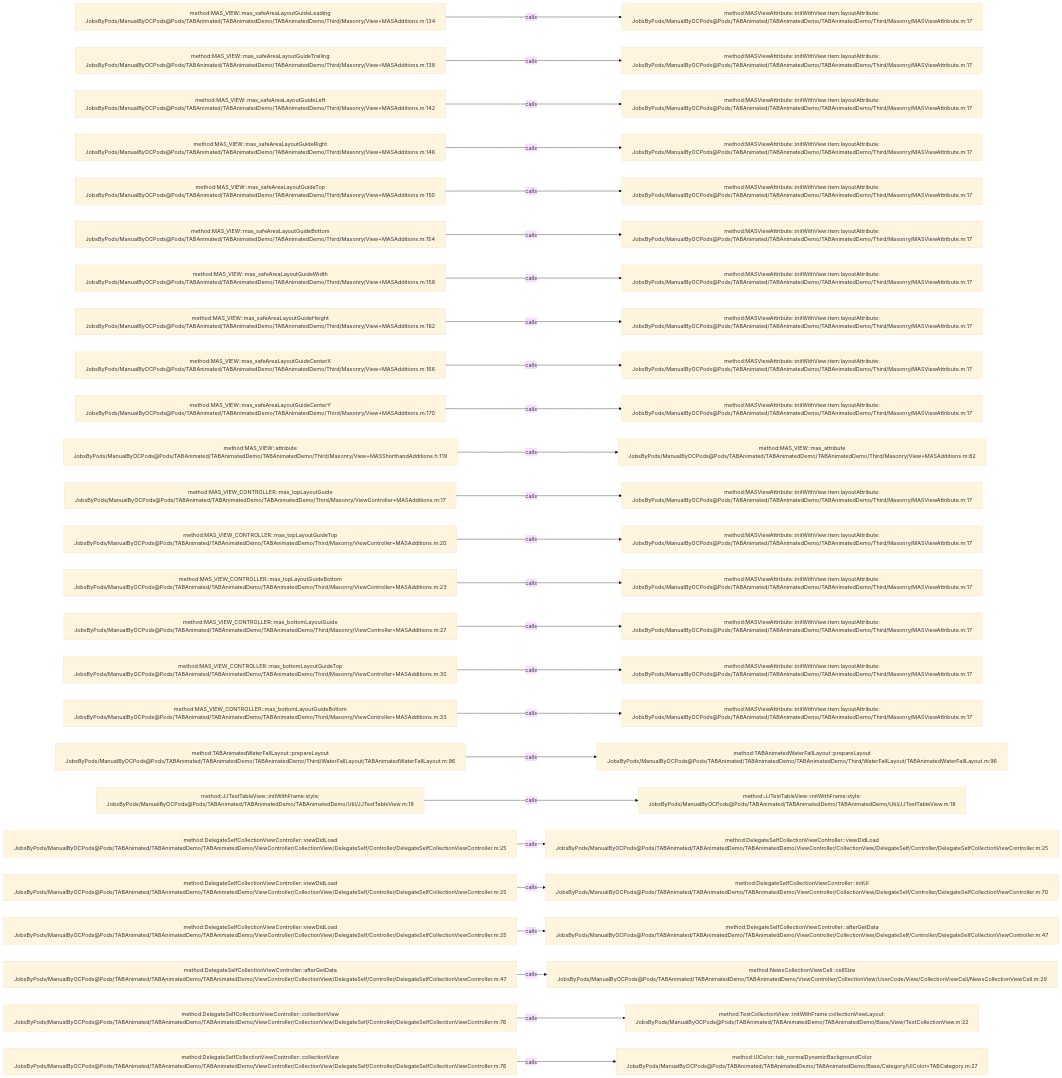
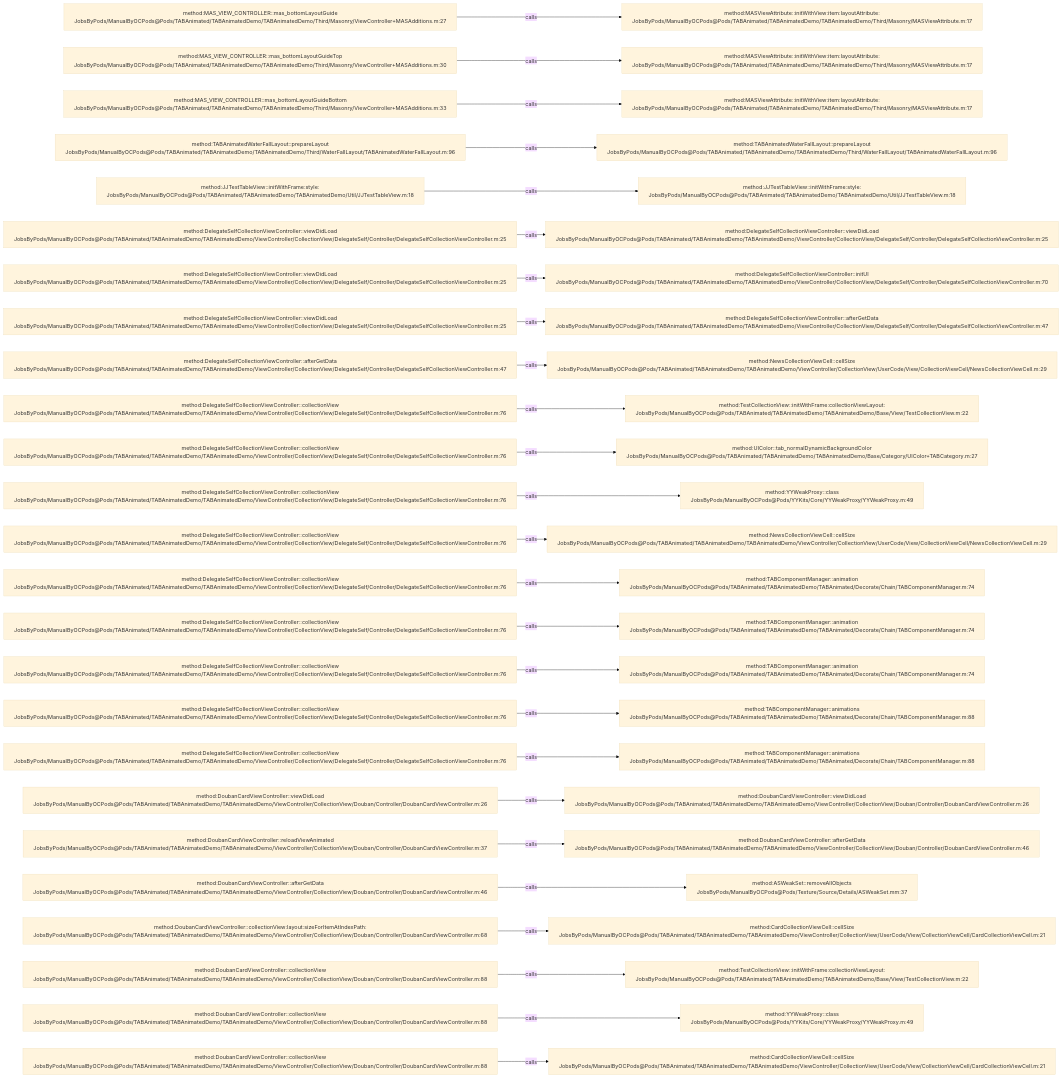
One commit to JobsKits/JobsOCBaseConfigDemo changed the diagram in .codegraph/codegraph.md/graphs/calls-049.md. Above: the diagram before and after it, drawn with Mermaid (base theme). The commit also changed 296 other files, not shown here.

````diff
--- a/.codegraph/codegraph.md/graphs/calls-049.md
+++ b/.codegraph/codegraph.md/graphs/calls-049.md
@@ -13,78 +13,78 @@
 ```mermaid
 flowchart LR
-  S1["method:MAS_VIEW::mas_safeAreaLayoutGuideLeading<br/>JobsByPods/ManualByOCPods@Pods/TABAnimated/TABAnimatedDemo/TABAnimatedDemo/Third/Masonry/View+MASAdditions.m:134"]
+  S1["method:MAS_VIEW_CONTROLLER::mas_bottomLayoutGuide<br/>JobsByPods/ManualByOCPods@Pods/TABAnimated/TABAnimatedDemo/TABAnimatedDemo/Third/Masonry/ViewController+MASAdditions.m:27"]
   T1["method:MASViewAttribute::initWithView:item:layoutAttribute:<br/>JobsByPods/ManualByOCPods@Pods/TABAnimated/TABAnimatedDemo/TABAnimatedDemo/Third/Masonry/MASViewAttribute.m:17"]
   S1 -->|calls| T1
-  S2["method:MAS_VIEW::mas_safeAreaLayoutGuideTrailing<br/>JobsByPods/ManualByOCPods@Pods/TABAnimated/TABAnimatedDemo/TABAnimatedDemo/Third/Masonry/View+MASAdditions.m:138"]
+  S2["method:MAS_VIEW_CONTROLLER::mas_bottomLayoutGuideTop<br/>JobsByPods/ManualByOCPods@Pods/TABAnimated/TABAnimatedDemo/TABAnimatedDemo/Third/Masonry/ViewController+MASAdditions.m:30"]
   T2["method:MASViewAttribute::initWithView:item:layoutAttribute:<br/>JobsByPods/ManualByOCPods@Pods/TABAnimated/TABAnimatedDemo/TABAnimatedDemo/Third/Masonry/MASViewAttribute.m:17"]
   S2 -->|calls| T2
-  S3["method:MAS_VIEW::mas_safeAreaLayoutGuideLeft<br/>JobsByPods/ManualByOCPods@Pods/TABAnimated/TABAnimatedDemo/TABAnimatedDemo/Third/Masonry/View+MASAdditions.m:142"]
+  S3["method:MAS_VIEW_CONTROLLER::mas_bottomLayoutGuideBottom<br/>JobsByPods/ManualByOCPods@Pods/TABAnimated/TABAnimatedDemo/TABAnimatedDemo/Third/Masonry/ViewController+MASAdditions.m:33"]
   T3["method:MASViewAttribute::initWithView:item:layoutAttribute:<br/>JobsByPods/ManualByOCPods@Pods/TABAnimated/TABAnimatedDemo/TABAnimatedDemo/Third/Masonry/MASViewAttribute.m:17"]
   S3 -->|calls| T3
-  S4["method:MAS_VIEW::mas_safeAreaLayoutGuideRight<br/>JobsByPods/ManualByOCPods@Pods/TABAnimated/TABAnimatedDemo/TABAnimatedDemo/Third/Masonry/View+MASAdditions.m:146"]
-  T4["method:MASViewAttribute::initWithView:item:layoutAttribute:<br/>JobsByPods/ManualByOCPods@Pods/TABAnimated/TABAnimatedDemo/TABAnimatedDemo/Third/Masonry/MASViewAttribute.m:17"]
+  S4["method:TABAnimatedWaterFallLayout::prepareLayout<br/>JobsByPods/ManualByOCPods@Pods/TABAnimated/TABAnimatedDemo/TABAnimatedDemo/Third/WaterFallLayout/TABAnimatedWaterFallLayout.m:96"]
+  T4["method:TABAnimatedWaterFallLayout::prepareLayout<br/>JobsByPods/ManualByOCPods@Pods/TABAnimated/TABAnimatedDemo/TABAnimatedDemo/Third/WaterFallLayout/TABAnimatedWaterFallLayout.m:96"]
   S4 -->|calls| T4
-  S5["method:MAS_VIEW::mas_safeAreaLayoutGuideTop<br/>JobsByPods/ManualByOCPods@Pods/TABAnimated/TABAnimatedDemo/TABAnimatedDemo/Third/Masonry/View+MASAdditions.m:150"]
-  T5["method:MASViewAttribute::initWithView:item:layoutAttribute:<br/>JobsByPods/ManualByOCPods@Pods/TABAnimated/TABAnimatedDemo/TABAnimatedDemo/Third/Masonry/MASViewAttribute.m:17"]
+  S5["method:JJTestTableView::initWithFrame:style:<br/>JobsByPods/ManualByOCPods@Pods/TABAnimated/TABAnimatedDemo/TABAnimatedDemo/Util/JJTestTableView.m:18"]
+  T5["method:JJTestTableView::initWithFrame:style:<br/>JobsByPods/ManualByOCPods@Pods/TABAnimated/TABAnimatedDemo/TABAnimatedDemo/Util/JJTestTableView.m:18"]
   S5 -->|calls| T5
-  S6["method:MAS_VIEW::mas_safeAreaLayoutGuideBottom<br/>JobsByPods/ManualByOCPods@Pods/TABAnimated/TABAnimatedDemo/TABAnimatedDemo/Third/Masonry/View+MASAdditions.m:154"]
-  T6["method:MASViewAttribute::initWithView:item:layoutAttribute:<br/>JobsByPods/ManualByOCPods@Pods/TABAnimated/TABAnimatedDemo/TABAnimatedDemo/Third/Masonry/MASViewAttribute.m:17"]
+  S6["method:DelegateSelfCollectionViewController::viewDidLoad<br/>JobsByPods/ManualByOCPods@Pods/TABAnimated/TABAnimatedDemo/TABAnimatedDemo/ViewController/CollectionView/DelegateSelf/Controller/DelegateSelfCollectionViewController.m:25"]
+  T6["method:DelegateSelfCollectionViewController::viewDidLoad<br/>JobsByPods/ManualByOCPods@Pods/TABAnimated/TABAnimatedDemo/TABAnimatedDemo/ViewController/CollectionView/DelegateSelf/Controller/DelegateSelfCollectionViewController.m:25"]
   S6 -->|calls| T6
-  S7["method:MAS_VIEW::mas_safeAreaLayoutGuideWidth<br/>JobsByPods/ManualByOCPods@Pods/TABAnimated/TABAnimatedDemo/TABAnimatedDemo/Third/Masonry/View+MASAdditions.m:158"]
-  T7["method:MASViewAttribute::initWithView:item:layoutAttribute:<br/>JobsByPods/ManualByOCPods@Pods/TABAnimated/TABAnimatedDemo/TABAnimatedDemo/Third/Masonry/MASViewAttribute.m:17"]
+  S7["method:DelegateSelfCollectionViewController::viewDidLoad<br/>JobsByPods/ManualByOCPods@Pods/TABAnimated/TABAnimatedDemo/TABAnimatedDemo/ViewController/CollectionView/DelegateSelf/Controller/DelegateSelfCollectionViewController.m:25"]
+  T7["method:DelegateSelfCollectionViewController::initUI<br/>JobsByPods/ManualByOCPods@Pods/TABAnimated/TABAnimatedDemo/TABAnimatedDemo/ViewController/CollectionView/DelegateSelf/Controller/DelegateSelfCollectionViewController.m:70"]
   S7 -->|calls| T7
-  S8["method:MAS_VIEW::mas_safeAreaLayoutGuideHeight<br/>JobsByPods/ManualByOCPods@Pods/TABAnimated/TABAnimatedDemo/TABAnimatedDemo/Third/Masonry/View+MASAdditions.m:162"]
-  T8["method:MASViewAttribute::initWithView:item:layoutAttribute:<br/>JobsByPods/ManualByOCPods@Pods/TABAnimated/TABAnimatedDemo/TABAnimatedDemo/Third/Masonry/MASViewAttribute.m:17"]
+  S8["method:DelegateSelfCollectionViewController::viewDidLoad<br/>JobsByPods/ManualByOCPods@Pods/TABAnimated/TABAnimatedDemo/TABAnimatedDemo/ViewController/CollectionView/DelegateSelf/Controller/DelegateSelfCollectionViewController.m:25"]
+  T8["method:DelegateSelfCollectionViewController::afterGetData<br/>JobsByPods/ManualByOCPods@Pods/TABAnimated/TABAnimatedDemo/TABAnimatedDemo/ViewController/CollectionView/DelegateSelf/Controller/DelegateSelfCollectionViewController.m:47"]
   S8 -->|calls| T8
-  S9["method:MAS_VIEW::mas_safeAreaLayoutGuideCenterX<br/>JobsByPods/ManualByOCPods@Pods/TABAnimated/TABAnimatedDemo/TABAnimatedDemo/Third/Masonry/View+MASAdditions.m:166"]
-  T9["method:MASViewAttribute::initWithView:item:layoutAttribute:<br/>JobsByPods/ManualByOCPods@Pods/TABAnimated/TABAnimatedDemo/TABAnimatedDemo/Third/Masonry/MASViewAttribute.m:17"]
+  S9["method:DelegateSelfCollectionViewController::afterGetData<br/>JobsByPods/ManualByOCPods@Pods/TABAnimated/TABAnimatedDemo/TABAnimatedDemo/ViewController/CollectionView/DelegateSelf/Controller/DelegateSelfCollectionViewController.m:47"]
+  T9["method:NewsCollectionViewCell::cellSize<br/>JobsByPods/ManualByOCPods@Pods/TABAnimated/TABAnimatedDemo/TABAnimatedDemo/ViewController/CollectionView/UserCode/View/CollectionViewCell/NewsCollectionViewCell.m:29"]
   S9 -->|calls| T9
-  S10["method:MAS_VIEW::mas_safeAreaLayoutGuideCenterY<br/>JobsByPods/ManualByOCPods@Pods/TABAnimated/TABAnimatedDemo/TABAnimatedDemo/Third/Masonry/View+MASAdditions.m:170"]
-  T10["method:MASViewAttribute::initWithView:item:layoutAttribute:<br/>JobsByPods/ManualByOCPods@Pods/TABAnimated/TABAnimatedDemo/TABAnimatedDemo/Third/Masonry/MASViewAttribute.m:17"]
+  S10["method:DelegateSelfCollectionViewController::collectionView<br/>JobsByPods/ManualByOCPods@Pods/TABAnimated/TABAnimatedDemo/TABAnimatedDemo/ViewController/CollectionView/DelegateSelf/Controller/DelegateSelfCollectionViewController.m:76"]
+  T10["method:TestCollectionView::initWithFrame:collectionViewLayout:<br/>JobsByPods/ManualByOCPods@Pods/TABAnimated/TABAnimatedDemo/TABAnimatedDemo/Base/View/TestCollectionView.m:22"]
   S10 -->|calls| T10
-  S11["method:MAS_VIEW::attribute<br/>JobsByPods/ManualByOCPods@Pods/TABAnimated/TABAnimatedDemo/TABAnimatedDemo/Third/Masonry/View+MASShorthandAdditions.h:119"]
-  T11["method:MAS_VIEW::mas_attribute<br/>JobsByPods/ManualByOCPods@Pods/TABAnimated/TABAnimatedDemo/TABAnimatedDemo/Third/Masonry/View+MASAdditions.m:82"]
+  S11["method:DelegateSelfCollectionViewController::collectionView<br/>JobsByPods/ManualByOCPods@Pods/TABAnimated/TABAnimatedDemo/TABAnimatedDemo/ViewController/CollectionView/DelegateSelf/Controller/DelegateSelfCollectionViewController.m:76"]
+  T11["method:UIColor::tab_normalDynamicBackgroundColor<br/>JobsByPods/ManualByOCPods@Pods/TABAnimated/TABAnimatedDemo/TABAnimatedDemo/Base/Category/UIColor+TABCategory.m:27"]
   S11 -->|calls| T11
-  S12["method:MAS_VIEW_CONTROLLER::mas_topLayoutGuide<br/>JobsByPods/ManualByOCPods@Pods/TABAnimated/TABAnimatedDemo/TABAnimatedDemo/Third/Masonry/ViewController+MASAdditions.m:17"]
-  T12["method:MASViewAttribute::initWithView:item:layoutAttribute:<br/>JobsByPods/ManualByOCPods@Pods/TABAnimated/TABAnimatedDemo/TABAnimatedDemo/Third/Masonry/MASViewAttribute.m:17"]
+  S12["method:DelegateSelfCollectionViewController::collectionView<br/>JobsByPods/ManualByOCPods@Pods/TABAnimated/TABAnimatedDemo/TABAnimatedDemo/ViewController/CollectionView/DelegateSelf/Controller/DelegateSelfCollectionViewController.m:76"]
+  T12["method:YYWeakProxy::class<br/>JobsByPods/ManualByOCPods@Pods/YYKits/Core/YYWeakProxy/YYWeakProxy.m:49"]
   S12 -->|calls| T12
-  S13["method:MAS_VIEW_CONTROLLER::mas_topLayoutGuideTop<br/>JobsByPods/ManualByOCPods@Pods/TABAnimated/TABAnimatedDemo/TABAnimatedDemo/Third/Masonry/ViewController+MASAdditions.m:20"]
-  T13["method:MASViewAttribute::initWithView:item:layoutAttribute:<br/>JobsByPods/ManualByOCPods@Pods/TABAnimated/TABAnimatedDemo/TABAnimatedDemo/Third/Masonry/MASViewAttribute.m:17"]
+  S13["method:DelegateSelfCollectionViewController::collectionView<br/>JobsByPods/ManualByOCPods@Pods/TABAnimated/TABAnimatedDemo/TABAnimatedDemo/ViewController/CollectionView/DelegateSelf/Controller/DelegateSelfCollectionViewController.m:76"]
+  T13["method:NewsCollectionViewCell::cellSize<br/>JobsByPods/ManualByOCPods@Pods/TABAnimated/TABAnimatedDemo/TABAnimatedDemo/ViewController/CollectionView/UserCode/View/CollectionViewCell/NewsCollectionViewCell.m:29"]
   S13 -->|calls| T13
-  S14["method:MAS_VIEW_CONTROLLER::mas_topLayoutGuideBottom<br/>JobsByPods/ManualByOCPods@Pods/TABAnimated/TABAnimatedDemo/TABAnimatedDemo/Third/Masonry/ViewController+MASAdditions.m:23"]
-  T14["method:MASViewAttribute::initWithView:item:layoutAttribute:<br/>JobsByPods/ManualByOCPods@Pods/TABAnimated/TABAnimatedDemo/TABAnimatedDemo/Third/Masonry/MASViewAttribute.m:17"]
+  S14["method:DelegateSelfCollectionViewController::collectionView<br/>JobsByPods/ManualByOCPods@Pods/TABAnimated/TABAnimatedDemo/TABAnimatedDemo/ViewController/CollectionView/DelegateSelf/Controller/DelegateSelfCollectionViewController.m:76"]
+  T14["method:TABComponentManager::animation<br/>JobsByPods/ManualByOCPods@Pods/TABAnimated/TABAnimatedDemo/TABAnimated/Decorate/Chain/TABComponentManager.m:74"]
   S14 -->|calls| T14
-  S15["method:MAS_VIEW_CONTROLLER::mas_bottomLayoutGuide<br/>JobsByPods/ManualByOCPods@Pods/TABAnimated/TABAnimatedDemo/TABAnimatedDemo/Third/Masonry/ViewController+MASAdditions.m:27"]
-  T15["method:MASViewAttribute::initWithView:item:layoutAttribute:<br/>JobsByPods/ManualByOCPods@Pods/TABAnimated/TABAnimatedDemo/TABAnimatedDemo/Third/Masonry/MASViewAttribute.m:17"]
+  S15["method:DelegateSelfCollectionViewController::collectionView<br/>JobsByPods/ManualByOCPods@Pods/TABAnimated/TABAnimatedDemo/TABAnimatedDemo/ViewController/CollectionView/DelegateSelf/Controller/DelegateSelfCollectionViewController.m:76"]
+  T15["method:TABComponentManager::animation<br/>JobsByPods/ManualByOCPods@Pods/TABAnimated/TABAnimatedDemo/TABAnimated/Decorate/Chain/TABComponentManager.m:74"]
   S15 -->|calls| T15
-  S16["method:MAS_VIEW_CONTROLLER::mas_bottomLayoutGuideTop<br/>JobsByPods/ManualByOCPods@Pods/TABAnimated/TABAnimatedDemo/TABAnimatedDemo/Third/Masonry/ViewController+MASAdditions.m:30"]
-  T16["method:MASViewAttribute::initWithView:item:layoutAttribute:<br/>JobsByPods/ManualByOCPods@Pods/TABAnimated/TABAnimatedDemo/TABAnimatedDemo/Third/Masonry/MASViewAttribute.m:17"]
+  S16["method:DelegateSelfCollectionViewController::collectionView<br/>JobsByPods/ManualByOCPods@Pods/TABAnimated/TABAnimatedDemo/TABAnimatedDemo/ViewController/CollectionView/DelegateSelf/Controller/DelegateSelfCollectionViewController.m:76"]
+  T16["method:TABComponentManager::animation<br/>JobsByPods/ManualByOCPods@Pods/TABAnimated/TABAnimatedDemo/TABAnimated/Decorate/Chain/TABComponentManager.m:74"]
   S16 -->|calls| T16
-  S17["method:MAS_VIEW_CONTROLLER::mas_bottomLayoutGuideBottom<br/>JobsByPods/ManualByOCPods@Pods/TABAnimated/TABAnimatedDemo/TABAnimatedDemo/Third/Masonry/ViewController+MASAdditions.m:33"]
-  T17["method:MASViewAttribute::initWithView:item:layoutAttribute:<br/>JobsByPods/ManualByOCPods@Pods/TABAnimated/TABAnimatedDemo/TABAnimatedDemo/Third/Masonry/MASViewAttribute.m:17"]
+  S17["method:DelegateSelfCollectionViewController::collectionView<br/>JobsByPods/ManualByOCPods@Pods/TABAnimated/TABAnimatedDemo/TABAnimatedDemo/ViewController/CollectionView/DelegateSelf/Controller/DelegateSelfCollectionViewController.m:76"]
+  T17["method:TABComponentManager::animations<br/>JobsByPods/ManualByOCPods@Pods/TABAnimated/TABAnimatedDemo/TABAnimated/Decorate/Chain/TABComponentManager.m:88"]
   S17 -->|calls| T17
-  S18["method:TABAnimatedWaterFallLayout::prepareLayout<br/>JobsByPods/ManualByOCPods@Pods/TABAnimated/TABAnimatedDemo/TABAnimatedDemo/Third/WaterFallLayout/TABAnimatedWaterFallLayout.m:96"]
-  T18["method:TABAnimatedWaterFallLayout::prepareLayout<br/>JobsByPods/ManualByOCPods@Pods/TABAnimated/TABAnimatedDemo/TABAnimatedDemo/Third/WaterFallLayout/TABAnimatedWaterFallLayout.m:96"]
+  S18["method:DelegateSelfCollectionViewController::collectionView<br/>JobsByPods/ManualByOCPods@Pods/TABAnimated/TABAnimatedDemo/TABAnimatedDemo/ViewController/CollectionView/DelegateSelf/Controller/DelegateSelfCollectionViewController.m:76"]
+  T18["method:TABComponentManager::animations<br/>JobsByPods/ManualByOCPods@Pods/TABAnimated/TABAnimatedDemo/TABAnimated/Decorate/Chain/TABComponentManager.m:88"]
   S18 -->|calls| T18
-  S19["method:JJTestTableView::initWithFrame:style:<br/>JobsByPods/ManualByOCPods@Pods/TABAnimated/TABAnimatedDemo/TABAnimatedDemo/Util/JJTestTableView.m:18"]
-  T19["method:JJTestTableView::initWithFrame:style:<br/>JobsByPods/ManualByOCPods@Pods/TABAnimated/TABAnimatedDemo/TABAnimatedDemo/Util/JJTestTableView.m:18"]
+  S19["method:DoubanCardViewController::viewDidLoad<br/>JobsByPods/ManualByOCPods@Pods/TABAnimated/TABAnimatedDemo/TABAnimatedDemo/ViewController/CollectionView/Douban/Controller/DoubanCardViewController.m:26"]
+  T19["method:DoubanCardViewController::viewDidLoad<br/>JobsByPods/ManualByOCPods@Pods/TABAnimated/TABAnimatedDemo/TABAnimatedDemo/ViewController/CollectionView/Douban/Controller/DoubanCardViewController.m:26"]
   S19 -->|calls| T19
-  S20["method:DelegateSelfCollectionViewController::viewDidLoad<br/>JobsByPods/ManualByOCPods@Pods/TABAnimated/TABAnimatedDemo/TABAnimatedDemo/ViewController/CollectionView/DelegateSelf/Controller/DelegateSelfCollectionViewController.m:25"]
-  T20["method:DelegateSelfCollectionViewController::viewDidLoad<br/>JobsByPods/ManualByOCPods@Pods/TABAnimated/TABAnimatedDemo/TABAnimatedDemo/ViewController/CollectionView/DelegateSelf/Controller/DelegateSelfCollectionViewController.m:25"]
+  S20["method:DoubanCardViewController::reloadViewAnimated<br/>JobsByPods/ManualByOCPods@Pods/TABAnimated/TABAnimatedDemo/TABAnimatedDemo/ViewController/CollectionView/Douban/Controller/DoubanCardViewController.m:37"]
+  T20["method:DoubanCardViewController::afterGetData<br/>JobsByPods/ManualByOCPods@Pods/TABAnimated/TABAnimatedDemo/TABAnimatedDemo/ViewController/CollectionView/Douban/Controller/DoubanCardViewController.m:46"]
   S20 -->|calls| T20
-  S21["method:DelegateSelfCollectionViewController::viewDidLoad<br/>JobsByPods/ManualByOCPods@Pods/TABAnimated/TABAnimatedDemo/TABAnimatedDemo/ViewController/CollectionView/DelegateSelf/Controller/DelegateSelfCollectionViewController.m:25"]
-  T21["method:DelegateSelfCollectionViewController::initUI<br/>JobsByPods/ManualByOCPods@Pods/TABAnimated/TABAnimatedDemo/TABAnimatedDemo/ViewController/CollectionView/DelegateSelf/Controller/DelegateSelfCollectionViewController.m:70"]
+  S21["method:DoubanCardViewController::afterGetData<br/>JobsByPods/ManualByOCPods@Pods/TABAnimated/TABAnimatedDemo/TABAnimatedDemo/ViewController/CollectionView/Douban/Controller/DoubanCardViewController.m:46"]
+  T21["method:ASWeakSet::removeAllObjects<br/>JobsByPods/ManualByOCPods@Pods/Texture/Source/Details/ASWeakSet.mm:37"]
   S21 -->|calls| T21
-  S22["method:DelegateSelfCollectionViewController::viewDidLoad<br/>JobsByPods/ManualByOCPods@Pods/TABAnimated/TABAnimatedDemo/TABAnimatedDemo/ViewController/CollectionView/DelegateSelf/Controller/DelegateSelfCollectionViewController.m:25"]
-  T22["method:DelegateSelfCollectionViewController::afterGetData<br/>JobsByPods/ManualByOCPods@Pods/TABAnimated/TABAnimatedDemo/TABAnimatedDemo/ViewController/CollectionView/DelegateSelf/Controller/DelegateSelfCollectionViewController.m:47"]
+  S22["method:DoubanCardViewController::collectionView:layout:sizeForItemAtIndexPath:<br/>JobsByPods/ManualByOCPods@Pods/TABAnimated/TABAnimatedDemo/TABAnimatedDemo/ViewController/CollectionView/Douban/Controller/DoubanCardViewController.m:68"]
+  T22["method:CardCollectionViewCell::cellSize<br/>JobsByPods/ManualByOCPods@Pods/TABAnimated/TABAnimatedDemo/TABAnimatedDemo/ViewController/CollectionView/UserCode/View/CollectionViewCell/CardCollectionViewCell.m:21"]
   S22 -->|calls| T22
-  S23["method:DelegateSelfCollectionViewController::afterGetData<br/>JobsByPods/ManualByOCPods@Pods/TABAnimated/TABAnimatedDemo/TABAnimatedDemo/ViewController/CollectionView/DelegateSelf/Controller/DelegateSelfCollectionViewController.m:47"]
-  T23["method:NewsCollectionViewCell::cellSize<br/>JobsByPods/ManualByOCPods@Pods/TABAnimated/TABAnimatedDemo/TABAnimatedDemo/ViewController/CollectionView/UserCode/View/CollectionViewCell/NewsCollectionViewCell.m:29"]
+  S23["method:DoubanCardViewController::collectionView<br/>JobsByPods/ManualByOCPods@Pods/TABAnimated/TABAnimatedDemo/TABAnimatedDemo/ViewController/CollectionView/Douban/Controller/DoubanCardViewController.m:88"]
+  T23["method:TestCollectionView::initWithFrame:collectionViewLayout:<br/>JobsByPods/ManualByOCPods@Pods/TABAnimated/TABAnimatedDemo/TABAnimatedDemo/Base/View/TestCollectionView.m:22"]
   S23 -->|calls| T23
-  S24["method:DelegateSelfCollectionViewController::collectionView<br/>JobsByPods/ManualByOCPods@Pods/TABAnimated/TABAnimatedDemo/TABAnimatedDemo/ViewController/CollectionView/DelegateSelf/Controller/DelegateSelfCollectionViewController.m:76"]
-  T24["method:TestCollectionView::initWithFrame:collectionViewLayout:<br/>JobsByPods/ManualByOCPods@Pods/TABAnimated/TABAnimatedDemo/TABAnimatedDemo/Base/View/TestCollectionView.m:22"]
+  S24["method:DoubanCardViewController::collectionView<br/>JobsByPods/ManualByOCPods@Pods/TABAnimated/TABAnimatedDemo/TABAnimatedDemo/ViewController/CollectionView/Douban/Controller/DoubanCardViewController.m:88"]
+  T24["method:YYWeakProxy::class<br/>JobsByPods/ManualByOCPods@Pods/YYKits/Core/YYWeakProxy/YYWeakProxy.m:49"]
   S24 -->|calls| T24
-  S25["method:DelegateSelfCollectionViewController::collectionView<br/>JobsByPods/ManualByOCPods@Pods/TABAnimated/TABAnimatedDemo/TABAnimatedDemo/ViewController/CollectionView/DelegateSelf/Controller/DelegateSelfCollectionViewController.m:76"]
-  T25["method:UIColor::tab_normalDynamicBackgroundColor<br/>JobsByPods/ManualByOCPods@Pods/TABAnimated/TABAnimatedDemo/TABAnimatedDemo/Base/Category/UIColor+TABCategory.m:27"]
+  S25["method:DoubanCardViewController::collectionView<br/>JobsByPods/ManualByOCPods@Pods/TABAnimated/TABAnimatedDemo/TABAnimatedDemo/ViewController/CollectionView/Douban/Controller/DoubanCardViewController.m:88"]
+  T25["method:CardCollectionViewCell::cellSize<br/>JobsByPods/ManualByOCPods@Pods/TABAnimated/TABAnimatedDemo/TABAnimatedDemo/ViewController/CollectionView/UserCode/View/CollectionViewCell/CardCollectionViewCell.m:21"]
   S25 -->|calls| T25
 ```
````
